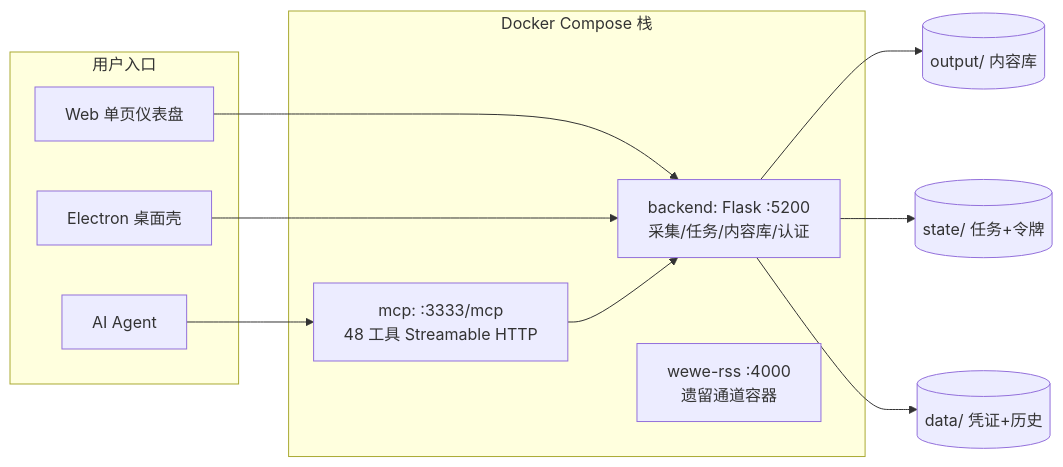
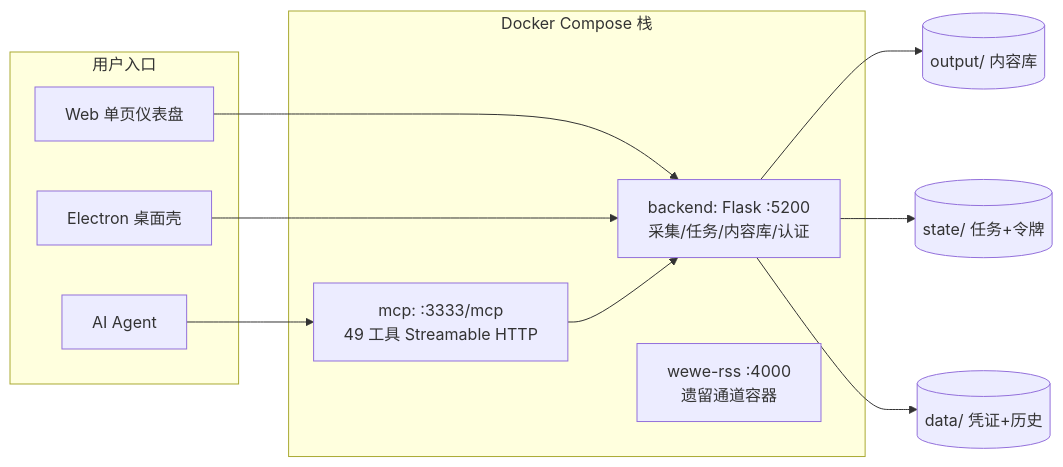
One commit to zhengxingSong/content-collect-workbench changed the diagram in docs/架构文档.md. Above: the diagram before and after it, drawn with Mermaid. The commit also changed other lines of this file and 11 other files, not shown here.

````diff
--- a/docs/架构文档.md
+++ b/docs/架构文档.md
@@ -20,19 +20,19 @@
 ```mermaid
 flowchart LR
     subgraph 用户入口
         UI[Web 单页仪表盘]
         EL[Electron 桌面壳]
         AG[AI Agent]
     end
     subgraph Docker Compose 栈
         BE[backend: Flask :5200<br/>采集/任务/内容库/认证]
-        MCP[mcp: :3333/mcp<br/>48 工具 Streamable HTTP]
+        MCP[mcp: :3333/mcp<br/>49 工具 Streamable HTTP]
         WR[wewe-rss :4000<br/>遗留通道容器]
     end
     UI --> BE
     EL --> BE
     AG --> MCP --> BE
     BE --> OUT[(output/ 内容库)]
     BE --> ST[(state/ 任务+令牌)]
     BE --> DA[(data/ 凭证+历史)]
 ```
````
